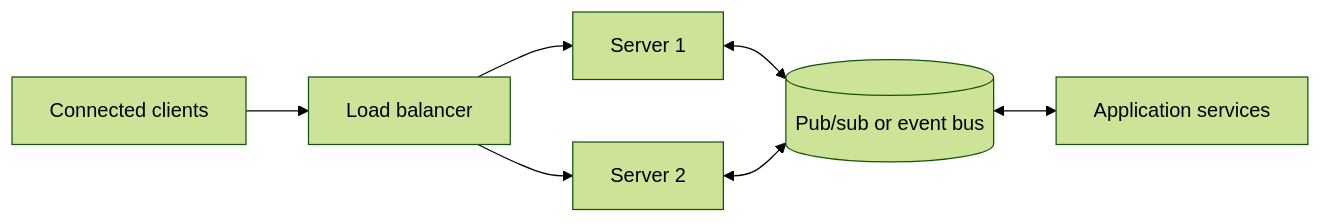
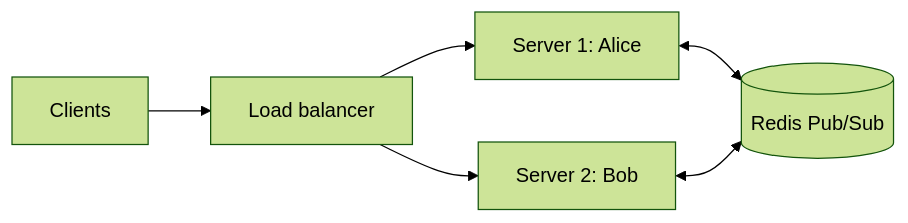
The third of 3 diagrams in connection-protocols/websockets.md (alanqi03/sys-design), drawn with Mermaid (forest theme) before and after one commit. The commit also changed other lines of this file and 6 other files, not shown here.

````diff
--- a/connection-protocols/websockets.md
+++ b/connection-protocols/websockets.md
@@ -239,9 +131,8 @@
 ```{mermaid}
 flowchart LR
-  clients[Connected clients] --> lb[Load balancer]
-  lb --> s1[Server 1]
-  lb --> s2[Server 2]
-  s1 <--> bus[(Pub/sub or event bus)]
+  clients[Clients] --> lb[Load balancer]
+  lb --> s1[Server 1: Alice]
+  lb --> s2[Server 2: Bob]
+  s1 <--> bus[(Redis Pub/Sub)]
   s2 <--> bus
-  bus <--> services[Application services]
 ```
````
